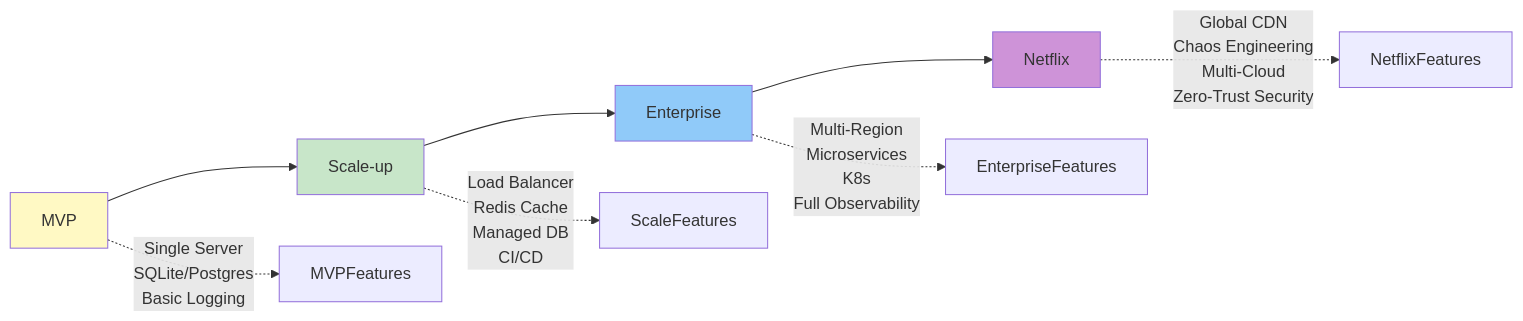
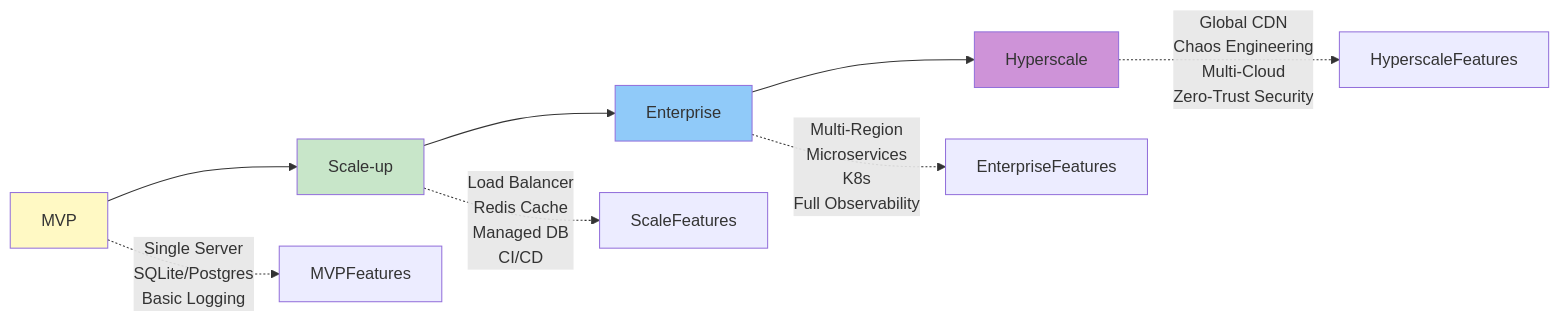
The second of 4 diagrams in README.md (vdirienzo/nuevo-proyecto-scaffold), drawn with Mermaid before and after one commit. The commit also changed other lines of this file and 8 other files, not shown here.

First line of the commit message:
refactor: Replace 'Netflix' scale tier with 'Hyperscale'

````diff
--- a/README.md
+++ b/README.md
@@ -241,16 +241,16 @@
 ```mermaid
 graph LR
     MVP[MVP] --> ScaleUp[Scale-up]
     ScaleUp --> Enterprise[Enterprise]
-    Enterprise --> Netflix[Netflix]
+    Enterprise --> Hyperscale[Hyperscale]
 
     MVP -.->|Single Server<br/>SQLite/Postgres<br/>Basic Logging| MVPFeatures
     ScaleUp -.->|Load Balancer<br/>Redis Cache<br/>Managed DB<br/>CI/CD| ScaleFeatures
     Enterprise -.->|Multi-Region<br/>Microservices<br/>K8s<br/>Full Observability| EnterpriseFeatures
-    Netflix -.->|Global CDN<br/>Chaos Engineering<br/>Multi-Cloud<br/>Zero-Trust Security| NetflixFeatures
+    Hyperscale -.->|Global CDN<br/>Chaos Engineering<br/>Multi-Cloud<br/>Zero-Trust Security| HyperscaleFeatures
 
     style MVP fill:#fff9c4
     style ScaleUp fill:#c8e6c9
     style Enterprise fill:#90caf9
-    style Netflix fill:#ce93d8
+    style Hyperscale fill:#ce93d8
 ```
````
